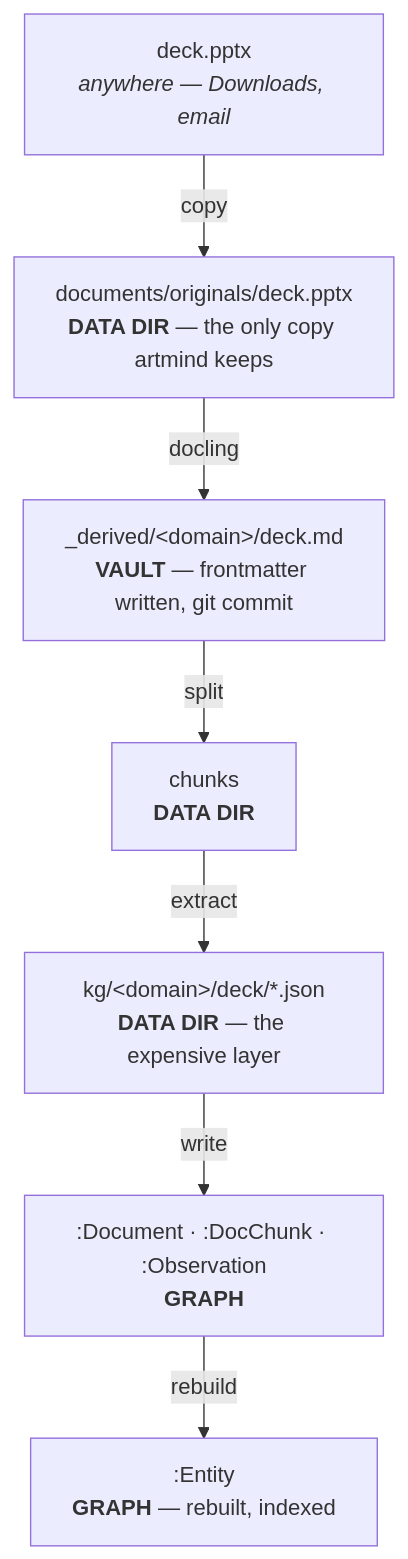
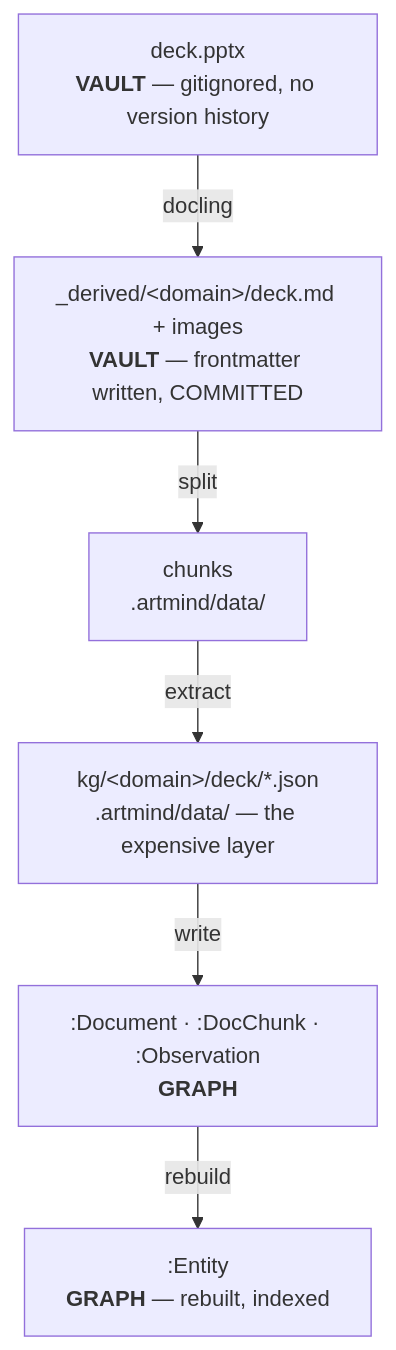
One commit to neurongraph/artmind9 changed the first of 3 diagrams in docs/stores-and-repos.md. Above: the diagram before and after it, drawn with Mermaid. The commit also changed other lines of this file and 2 other files, not shown here.

````diff
--- a/docs/stores-and-repos.md
+++ b/docs/stores-and-repos.md
@@ -92,14 +114,11 @@
 ```mermaid
 flowchart TD
-    SRC["deck.pptx<br/><i>anywhere — Downloads, email</i>"]
-    ORIG["documents/originals/deck.pptx<br/><b>DATA DIR</b> — the only copy artmind keeps"]
-    DERIV["_derived/&lt;domain&gt;/deck.md<br/><b>VAULT</b> — frontmatter written, git commit"]
-    CH["chunks<br/><b>DATA DIR</b>"]
-    KG["kg/&lt;domain&gt;/deck/*.json<br/><b>DATA DIR</b> — the expensive layer"]
+    SRC["deck.pptx<br/><b>VAULT</b> — gitignored, no version history"]
+    DERIV["_derived/&lt;domain&gt;/deck.md + images<br/><b>VAULT</b> — frontmatter written, COMMITTED"]
+    CH["chunks<br/>.artmind/data/"]
+    KG["kg/&lt;domain&gt;/deck/*.json<br/>.artmind/data/ — the expensive layer"]
     G[":Document · :DocChunk · :Observation<br/><b>GRAPH</b>"]
     P[":Entity<br/><b>GRAPH</b> — rebuilt, indexed"]
 
-    SRC -->|copy| ORIG
-    ORIG -->|docling| DERIV
-    DERIV -->|split| CH -->|extract| KG -->|write| G -->|rebuild| P
+    SRC -->|docling| DERIV -->|split| CH -->|extract| KG -->|write| G -->|rebuild| P
 ```
````
